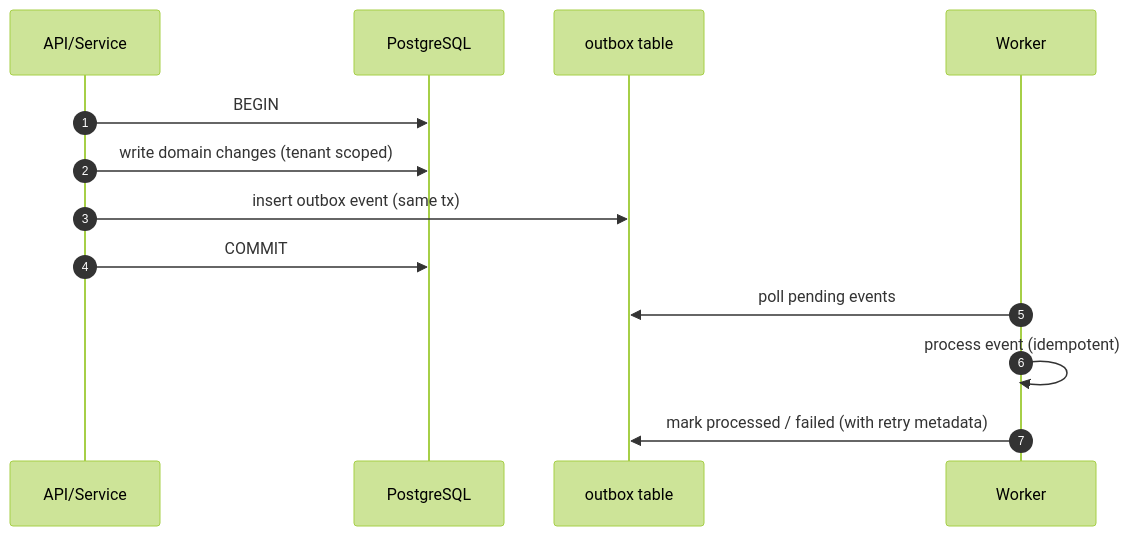
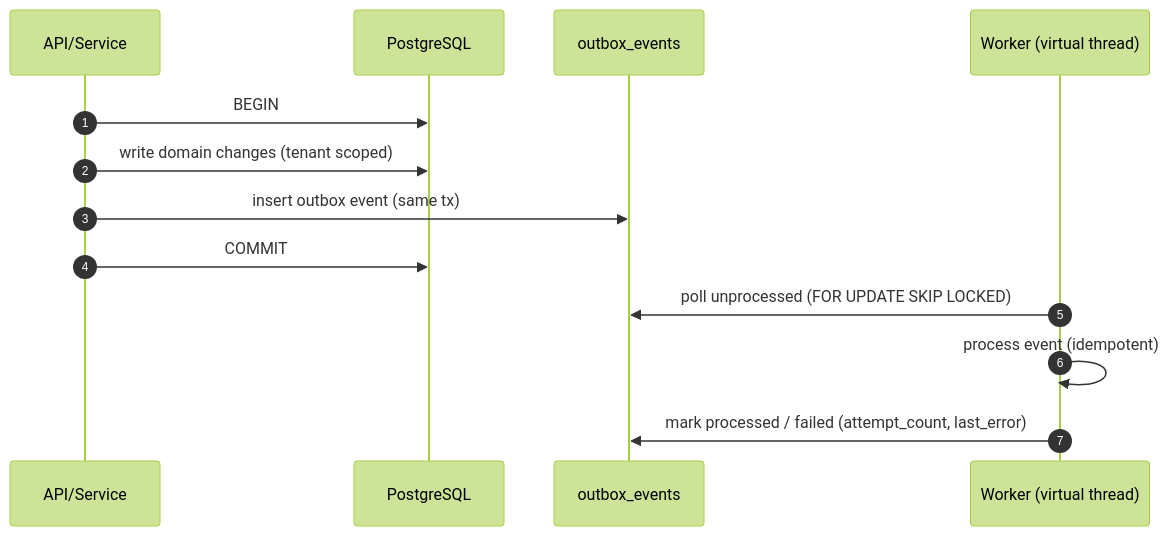
The diagram in docs/OUTBOX.md (muhammadabdelhafeez/AiOps), drawn with Mermaid (forest theme) before and after one commit. The commit also changed other lines of this file and 148 other files, not shown here.

````diff
--- a/docs/OUTBOX.md
+++ b/docs/OUTBOX.md
@@ -14,17 +26,17 @@
 ```mermaid
 sequenceDiagram
   autonumber
   participant API as API/Service
   participant DB as PostgreSQL
-  participant OB as outbox table
-  participant W as Worker
+  participant OB as outbox_events
+  participant W as Worker (virtual thread)
 
   API->>DB: BEGIN
   API->>DB: write domain changes (tenant scoped)
   API->>OB: insert outbox event (same tx)
   API->>DB: COMMIT
 
-  W->>OB: poll pending events
+  W->>OB: poll unprocessed (FOR UPDATE SKIP LOCKED)
   W->>W: process event (idempotent)
-  W->>OB: mark processed / failed (with retry metadata)
+  W->>OB: mark processed / failed (attempt_count, last_error)
 ```
````
